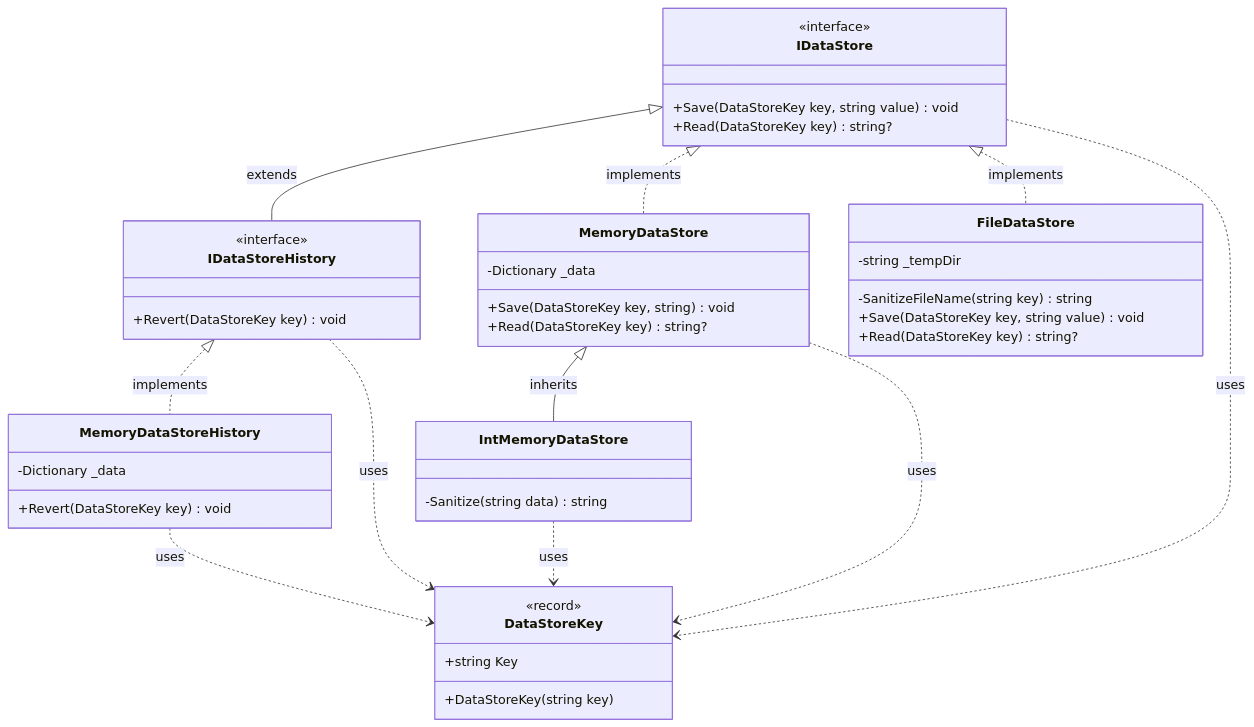
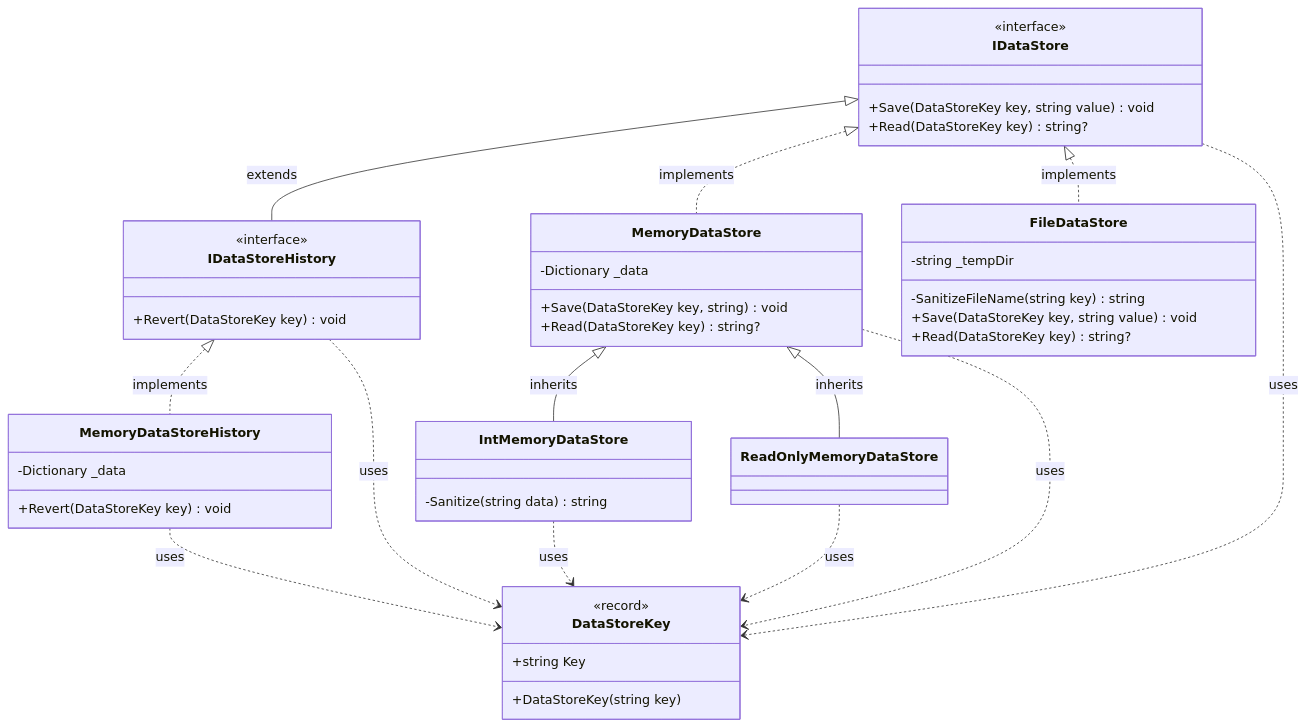
One commit to Raagam-Parmar/Behavioural-Subtyping changed the diagram in README.md. Above: the diagram before and after it, drawn with Mermaid. The commit also changed other lines of this file, not shown here.

Commit message:
Update README with ReadOnlyMemoryDataStore.

````diff
--- a/README.md
+++ b/README.md
@@ -97,55 +97,60 @@
 ```mermaid
 classDiagram
     class DataStoreKey {
         <<record>>
         +string Key
         +DataStoreKey(string key)
     }
 
     class IDataStore {
         <<interface>>
         +Save(DataStoreKey key, string value) void
         +Read(DataStoreKey key) string?
     }
 
     class IDataStoreHistory {
         <<interface>>
         +Revert(DataStoreKey key) void
     }
 
     class MemoryDataStore {
         -Dictionary _data
         +Save(DataStoreKey key, string) void
         +Read(DataStoreKey key) string?
     }
 
     class FileDataStore {
         -string _tempDir
         -SanitizeFileName(string key) string
         +Save(DataStoreKey key, string value) void
         +Read(DataStoreKey key) string?
     }
 
     class MemoryDataStoreHistory {
         -Dictionary _data
         +Revert(DataStoreKey key) void
     }
 
     class IntMemoryDataStore {
         -Sanitize(string data) string
     }
 
+    class ReadOnlyMemoryDataStore {
+    }
+
     %% Relationships
     IDataStore <|-- IDataStoreHistory : extends
     IDataStore <|.. MemoryDataStore : implements
     IDataStore <|.. FileDataStore : implements
     IDataStoreHistory <|.. MemoryDataStoreHistory : implements
     MemoryDataStore <|-- IntMemoryDataStore : inherits
+    MemoryDataStore <|-- ReadOnlyMemoryDataStore : inherits
 
     %% Uses
     IDataStore ..> DataStoreKey : uses
     IDataStoreHistory ..> DataStoreKey : uses
     MemoryDataStore ..> DataStoreKey : uses
     MemoryDataStoreHistory ..> DataStoreKey : uses
     IntMemoryDataStore ..> DataStoreKey : uses
+    ReadOnlyMemoryDataStore ..> DataStoreKey : uses
 ```
````
